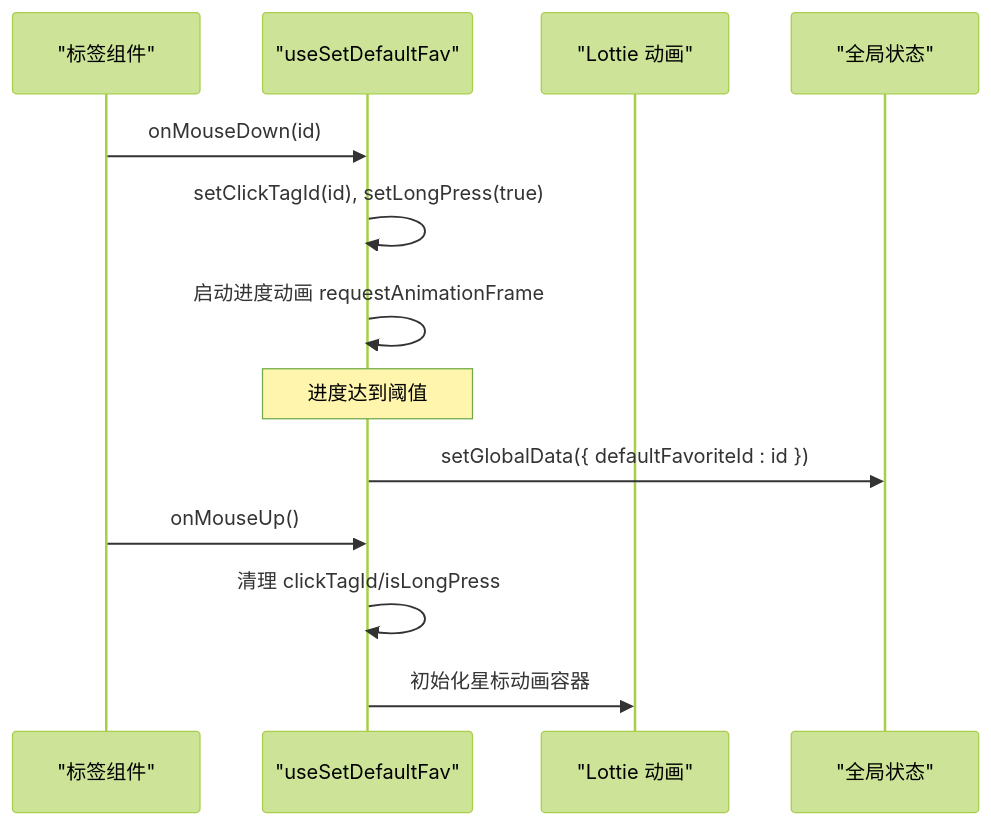
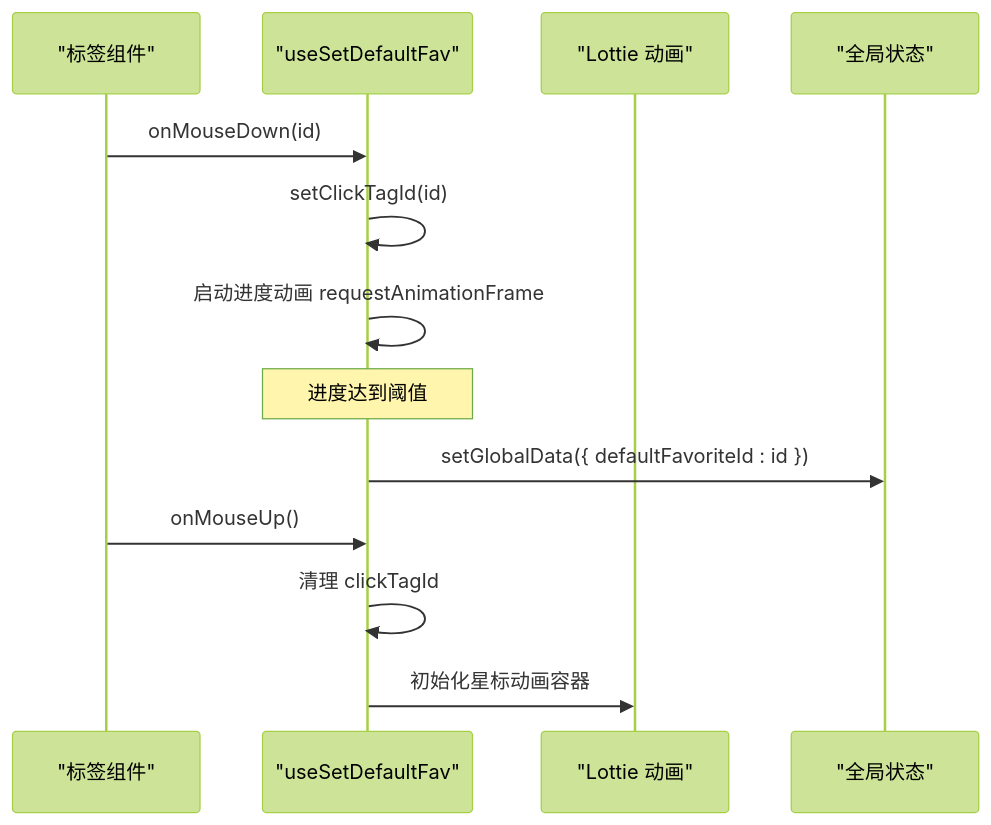
Before and after one commit to RadiumAg/bilibili-favorites: the sixth of 11 diagrams in .qoder/repowiki/zh/content/核心功能模块/收藏夹管理系统.md, drawn with Mermaid (forest theme). The commit also changed other lines of this file and 27 other files, not shown here.

````diff
--- a/.qoder/repowiki/zh/content/核心功能模块/收藏夹管理系统.md
+++ b/.qoder/repowiki/zh/content/核心功能模块/收藏夹管理系统.md
@@ -289,15 +309,15 @@
 ```mermaid
 sequenceDiagram
 participant Comp as "标签组件"
 participant Hook as "useSetDefaultFav"
 participant Lottie as "Lottie 动画"
 participant Store as "全局状态"
 Comp->>Hook : onMouseDown(id)
-Hook->>Hook : setClickTagId(id), setLongPress(true)
+Hook->>Hook : setClickTagId(id)
 Hook->>Hook : 启动进度动画 requestAnimationFrame
 Note over Hook : 进度达到阈值
 Hook->>Store : setGlobalData({ defaultFavoriteId : id })
 Comp->>Hook : onMouseUp()
-Hook->>Hook : 清理 clickTagId/isLongPress
+Hook->>Hook : 清理 clickTagId
 Hook->>Lottie : 初始化星标动画容器
 ```
````
